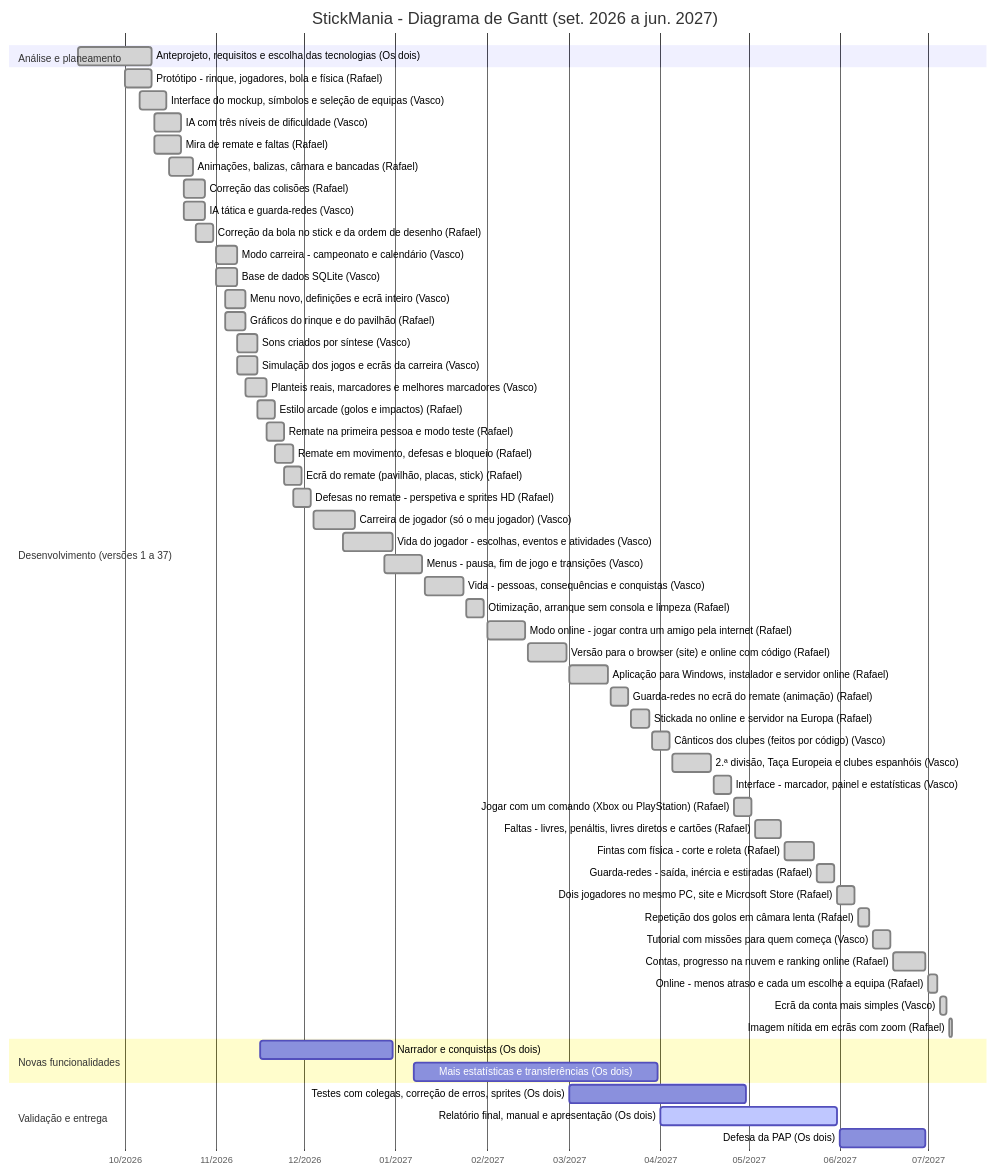
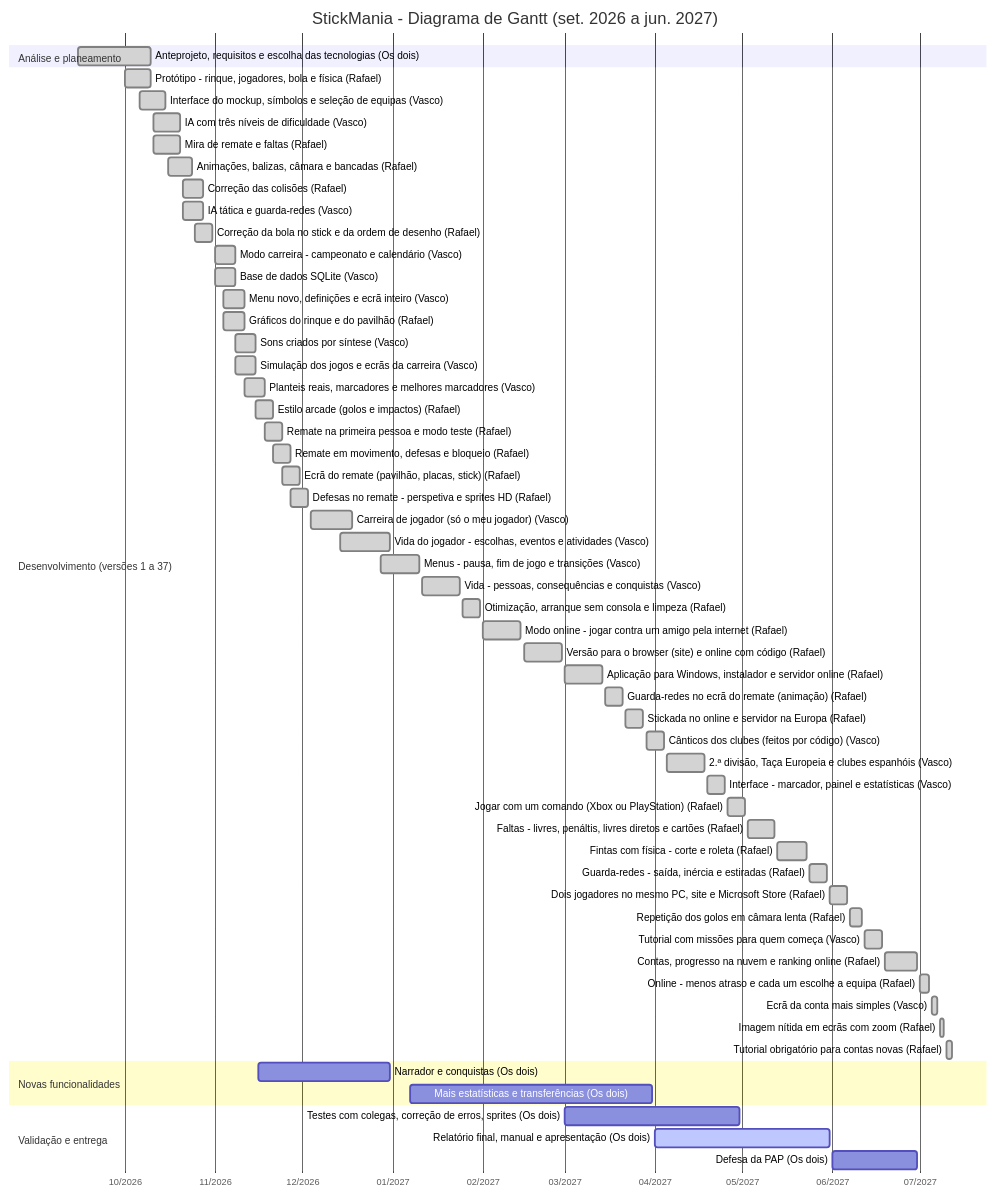
One commit to RafaelSilveira23/Stickmaniapap changed the diagram in docs/GANTT.md. Above: the diagram before and after it, drawn with Mermaid. The commit also changed other lines of this file and 17 other files, not shown here.

First line of the commit message:
Tutorial obrigatorio para quem cria uma conta nova (versao 45)

````diff
--- a/docs/GANTT.md
+++ b/docs/GANTT.md
@@ -13,62 +13,63 @@
 ```mermaid
 gantt
     title StickMania - Diagrama de Gantt (set. 2026 a jun. 2027)
     dateFormat YYYY-MM-DD
     axisFormat %m/%Y
     tickInterval 1month
     todayMarker off
     section Análise e planeamento
     Anteprojeto, requisitos e escolha das tecnologias (Os dois) :done, t1, 2026-09-15, 2026-10-10
     section Desenvolvimento (versões 1 a 37)
     Protótipo - rinque, jogadores, bola e física (Rafael) :done, t2, 2026-10-01, 2026-10-10
     Interface do mockup, símbolos e seleção de equipas (Vasco) :done, t3, 2026-10-06, 2026-10-15
     IA com três níveis de dificuldade (Vasco) :done, t4, 2026-10-11, 2026-10-20
     Mira de remate e faltas (Rafael) :done, t5, 2026-10-11, 2026-10-20
     Animações, balizas, câmara e bancadas (Rafael) :done, t6, 2026-10-16, 2026-10-24
     Correção das colisões (Rafael) :done, t7, 2026-10-21, 2026-10-28
     IA tática e guarda-redes (Vasco) :done, t8, 2026-10-21, 2026-10-28
     Correção da bola no stick e da ordem de desenho (Rafael) :done, t9, 2026-10-25, 2026-10-31
     Modo carreira - campeonato e calendário (Vasco) :done, t10, 2026-11-01, 2026-11-08
     Base de dados SQLite (Vasco) :done, t11, 2026-11-01, 2026-11-08
     Menu novo, definições e ecrã inteiro (Vasco) :done, t12, 2026-11-04, 2026-11-11
     Gráficos do rinque e do pavilhão (Rafael) :done, t13, 2026-11-04, 2026-11-11
     Sons criados por síntese (Vasco) :done, t14, 2026-11-08, 2026-11-15
     Simulação dos jogos e ecrãs da carreira (Vasco) :done, t15, 2026-11-08, 2026-11-15
     Planteis reais, marcadores e melhores marcadores (Vasco) :done, t16, 2026-11-11, 2026-11-18
     Estilo arcade (golos e impactos) (Rafael) :done, t17, 2026-11-15, 2026-11-21
     Remate na primeira pessoa e modo teste (Rafael) :done, t18, 2026-11-18, 2026-11-24
     Remate em movimento, defesas e bloqueio (Rafael) :done, t19, 2026-11-21, 2026-11-27
     Ecrã do remate (pavilhão, placas, stick) (Rafael) :done, t20, 2026-11-24, 2026-11-30
     Defesas no remate - perspetiva e sprites HD (Rafael) :done, t21, 2026-11-27, 2026-12-03
     Carreira de jogador (só o meu jogador) (Vasco) :done, t22, 2026-12-04, 2026-12-18
     Vida do jogador - escolhas, eventos e atividades (Vasco) :done, t23, 2026-12-14, 2026-12-31
     Menus - pausa, fim de jogo e transições (Vasco) :done, t24, 2026-12-28, 2027-01-10
     Vida - pessoas, consequências e conquistas (Vasco) :done, t25, 2027-01-11, 2027-01-24
     Otimização, arranque sem consola e limpeza (Rafael) :done, t26, 2027-01-25, 2027-01-31
     Modo online - jogar contra um amigo pela internet (Rafael) :done, t27, 2027-02-01, 2027-02-14
     Versão para o browser (site) e online com código (Rafael) :done, t28, 2027-02-15, 2027-02-28
     Aplicação para Windows, instalador e servidor online (Rafael) :done, t29, 2027-03-01, 2027-03-14
     Guarda-redes no ecrã do remate (animação) (Rafael) :done, t30, 2027-03-15, 2027-03-21
     Stickada no online e servidor na Europa (Rafael) :done, t31, 2027-03-22, 2027-03-28
     Cânticos dos clubes (feitos por código) (Vasco) :done, t32, 2027-03-29, 2027-04-04
     2.ª divisão, Taça Europeia e clubes espanhóis (Vasco) :done, t33, 2027-04-05, 2027-04-18
     Interface - marcador, painel e estatísticas (Vasco) :done, t34, 2027-04-19, 2027-04-25
     Jogar com um comando (Xbox ou PlayStation) (Rafael) :done, t35, 2027-04-26, 2027-05-02
     Faltas - livres, penáltis, livres diretos e cartões (Rafael) :done, t36, 2027-05-03, 2027-05-12
     Fintas com física - corte e roleta (Rafael) :done, t37, 2027-05-13, 2027-05-23
     Guarda-redes - saída, inércia e estiradas (Rafael) :done, t38, 2027-05-24, 2027-05-30
     Dois jogadores no mesmo PC, site e Microsoft Store (Rafael) :done, t39, 2027-05-31, 2027-06-06
     Repetição dos golos em câmara lenta (Rafael) :done, t40, 2027-06-07, 2027-06-11
     Tutorial com missões para quem começa (Vasco) :done, t41, 2027-06-12, 2027-06-18
     Contas, progresso na nuvem e ranking online (Rafael) :done, t42, 2027-06-19, 2027-06-30
     Online - menos atraso e cada um escolhe a equipa (Rafael) :done, t43, 2027-07-01, 2027-07-04
     Ecrã da conta mais simples (Vasco) :done, t44, 2027-07-05, 2027-07-07
     Imagem nítida em ecrãs com zoom (Rafael) :done, t45, 2027-07-08, 2027-07-09
+    Tutorial obrigatório para contas novas (Rafael) :done, t46, 2027-07-10, 2027-07-12
     section Novas funcionalidades
-    Narrador e conquistas (Os dois) :t46, 2026-11-16, 2026-12-31
-    Mais estatísticas e transferências (Os dois) :t47, 2027-01-07, 2027-03-31
+    Narrador e conquistas (Os dois) :t47, 2026-11-16, 2026-12-31
+    Mais estatísticas e transferências (Os dois) :t48, 2027-01-07, 2027-03-31
     section Validação e entrega
-    Testes com colegas, correção de erros, sprites (Os dois) :t48, 2027-03-01, 2027-04-30
-    Relatório final, manual e apresentação (Os dois) :active, t49, 2027-04-01, 2027-05-31
-    Defesa da PAP (Os dois) :t50, 2027-06-01, 2027-06-30
+    Testes com colegas, correção de erros, sprites (Os dois) :t49, 2027-03-01, 2027-04-30
+    Relatório final, manual e apresentação (Os dois) :active, t50, 2027-04-01, 2027-05-31
+    Defesa da PAP (Os dois) :t51, 2027-06-01, 2027-06-30
 ```
````
